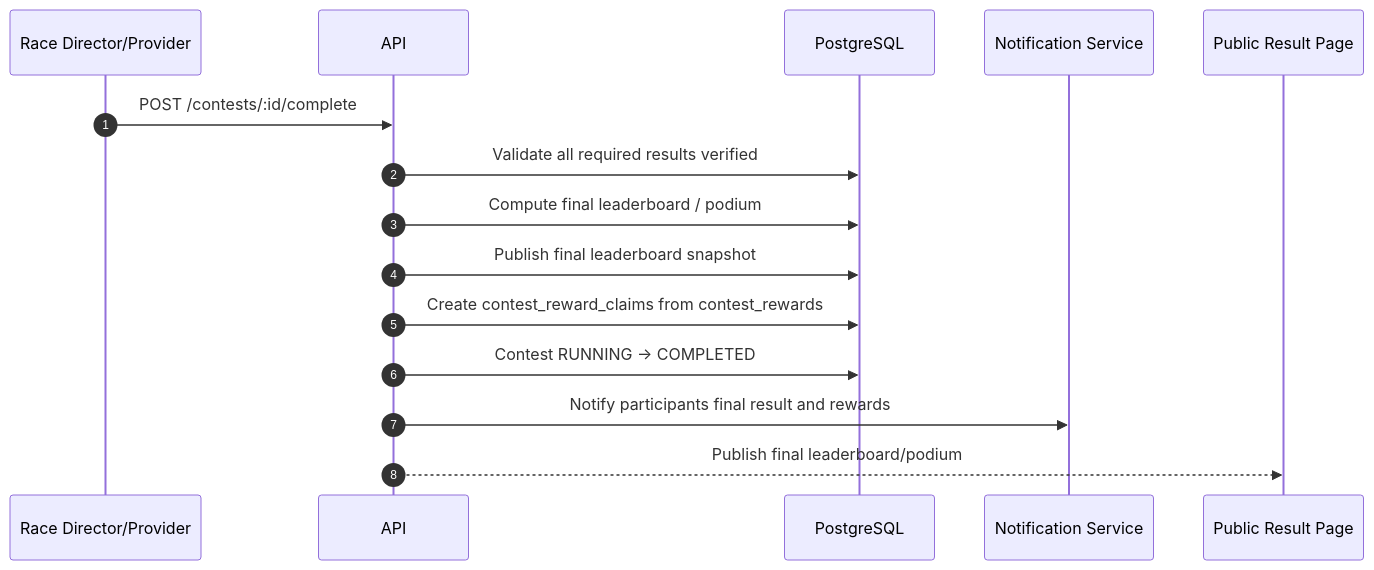
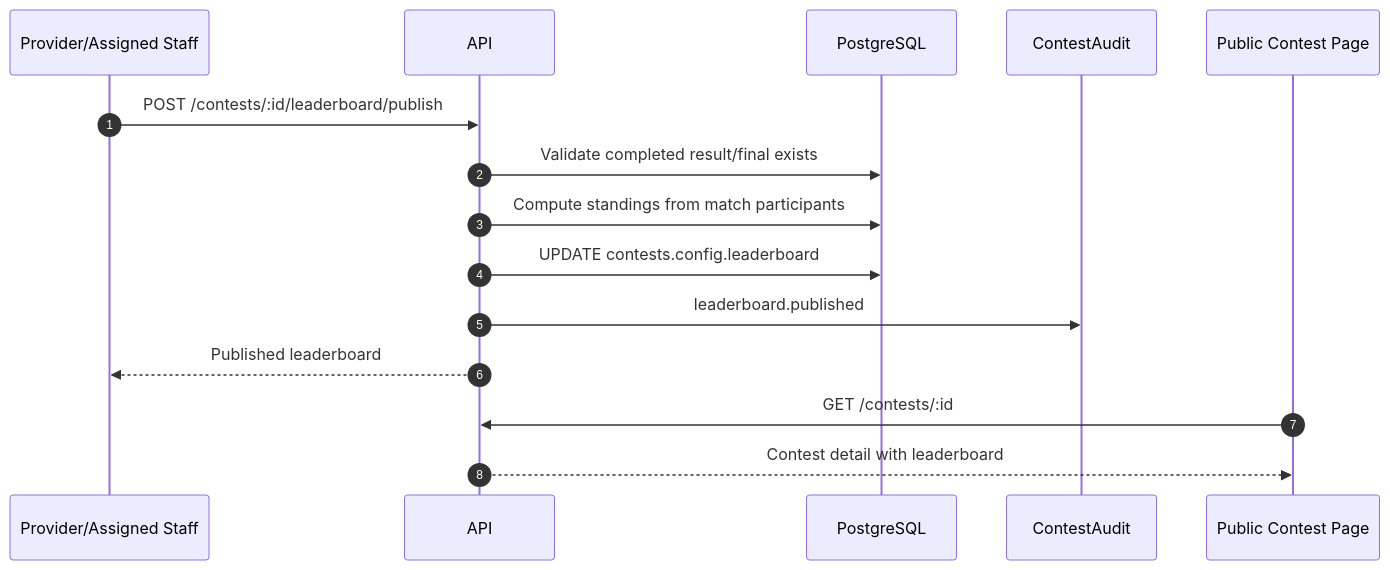
Before and after one commit to RCField-SEP490/rcfield-spec: the ninth of 10 diagrams in docs/diagrams/sequence/sequence-flow-contest-lifecycle.md, drawn with Mermaid. The commit also changed other lines of this file and 8 other files, not shown here.

````diff
--- a/docs/diagrams/sequence/sequence-flow-contest-lifecycle.md
+++ b/docs/diagrams/sequence/sequence-flow-contest-lifecycle.md
@@ -293,18 +227,18 @@
 ```mermaid
 sequenceDiagram
     autonumber
-    participant RD as Race Director/Provider
+    participant O as Provider/Assigned Staff
     participant API as API
     participant DB as PostgreSQL
-    participant N as Notification Service
-    participant Board as Public Result Page
+    participant Audit as ContestAudit
+    participant Pub as Public Contest Page
 
-    RD->>API: POST /contests/:id/complete
-    API->>DB: Validate all required results verified
-    API->>DB: Compute final leaderboard / podium
-    API->>DB: Publish final leaderboard snapshot
-    API->>DB: Create contest_reward_claims from contest_rewards
-    API->>DB: Contest RUNNING -> COMPLETED
-    API->>N: Notify participants final result and rewards
-    API-->>Board: Publish final leaderboard/podium
+    O->>API: POST /contests/:id/leaderboard/publish
+    API->>DB: Validate completed result/final exists
+    API->>DB: Compute standings from match participants
+    API->>DB: UPDATE contests.config.leaderboard
+    API->>Audit: leaderboard.published
+    API-->>O: Published leaderboard
+    Pub->>API: GET /contests/:id
+    API-->>Pub: Contest detail with leaderboard
 ```
````
